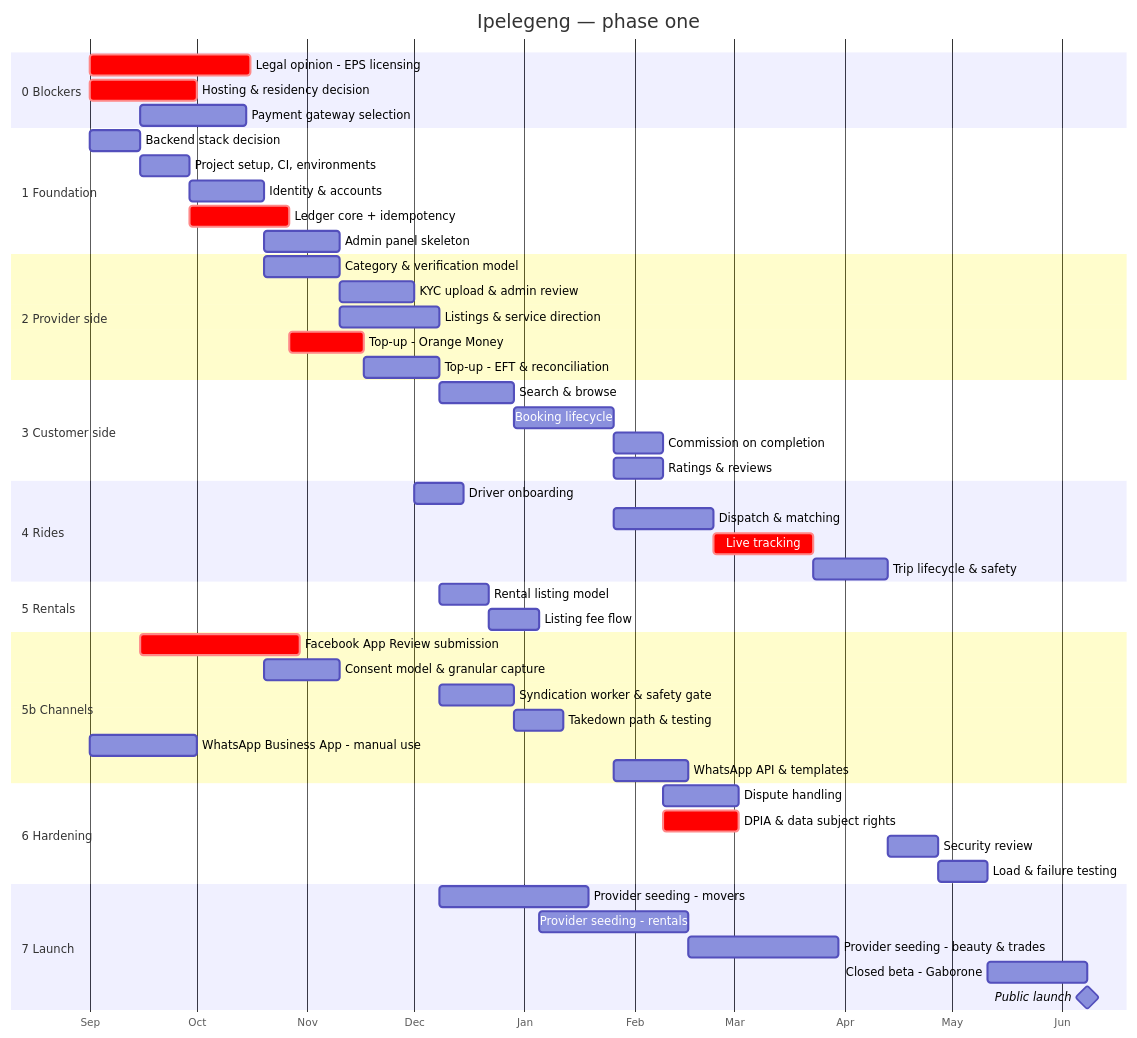
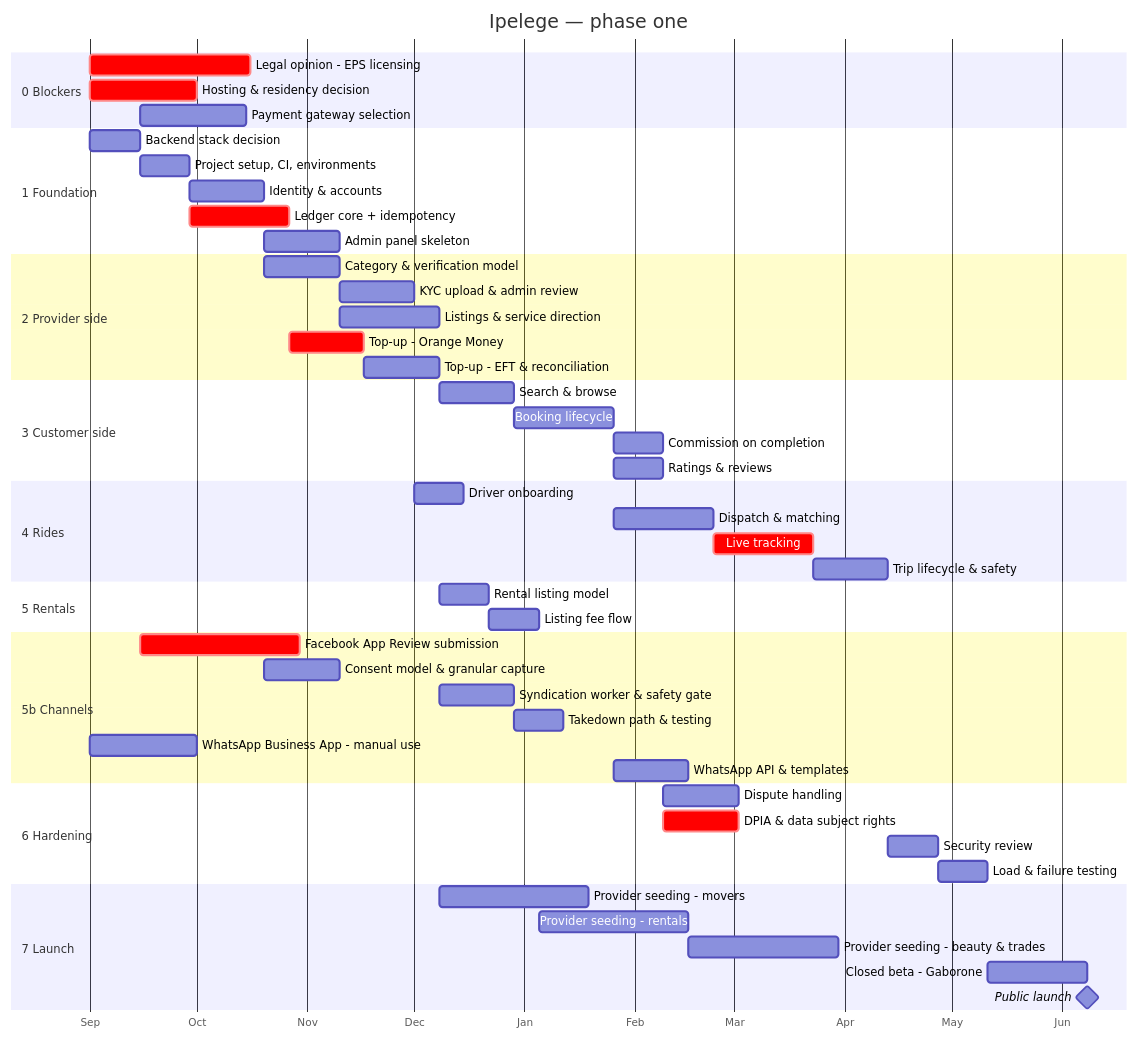
The first of 2 diagrams in docs/project-plan.md (elmo365/ipelegeng), drawn with Mermaid before and after one commit. The commit also changed 12 other files, not shown here.

````diff
--- a/docs/project-plan.md
+++ b/docs/project-plan.md
@@ -21,62 +21,62 @@
 ```mermaid
 gantt
-    title Ipelegeng — phase one
+    title Ipelege — phase one
     dateFormat YYYY-MM-DD
     axisFormat %b
 
     section 0 Blockers
     Legal opinion - EPS licensing      :crit, b1, 2026-09-01, 45d
     Hosting & residency decision       :crit, b2, 2026-09-01, 30d
     Payment gateway selection          :b3, 2026-09-15, 30d
 
     section 1 Foundation
     Backend stack decision             :f1, 2026-09-01, 14d
     Project setup, CI, environments    :f2, after f1, 14d
     Identity & accounts                :f3, after f2, 21d
     Ledger core + idempotency          :crit, f4, after f2, 28d
     Admin panel skeleton               :f5, after f3, 21d
 
     section 2 Provider side
     Category & verification model      :p1, after f3, 21d
     KYC upload & admin review          :p2, after p1, 21d
     Listings & service direction       :p3, after p1, 28d
     Top-up - Orange Money              :crit, p4, after f4, 21d
     Top-up - EFT & reconciliation      :p5, after p4, 21d
 
     section 3 Customer side
     Search & browse                    :c1, after p3, 21d
     Booking lifecycle                  :c2, after c1, 28d
     Commission on completion           :c3, after c2, 14d
     Ratings & reviews                  :c4, after c2, 14d
 
     section 4 Rides
     Driver onboarding                  :r1, after p2, 14d
     Dispatch & matching                :r2, after c2, 28d
     Live tracking                      :crit, r3, after r2, 28d
     Trip lifecycle & safety            :r4, after r3, 21d
 
     section 5 Rentals
     Rental listing model               :n1, after p3, 14d
     Listing fee flow                   :n2, after n1, 14d
 
     section 5b Channels
     Facebook App Review submission     :crit, x1, 2026-09-15, 45d
     Consent model & granular capture   :x2, after f3, 21d
     Syndication worker & safety gate   :x3, after p3, 21d
     Takedown path & testing            :x4, after x3, 14d
     WhatsApp Business App - manual use :x5, 2026-09-01, 30d
     WhatsApp API & templates           :x6, after c2, 21d
 
     section 6 Hardening
     Dispute handling                   :h1, after c3, 21d
     DPIA & data subject rights         :crit, h2, after c3, 21d
     Security review                    :h3, after r4, 14d
     Load & failure testing             :h4, after h3, 14d
 
     section 7 Launch
     Provider seeding - movers          :l1, after p5, 42d
     Provider seeding - rentals         :l2, after n2, 42d
     Provider seeding - beauty & trades :l3, after l2, 42d
     Closed beta - Gaborone             :l4, after h4, 28d
     Public launch                      :milestone, after l4, 0d
 ```
````
